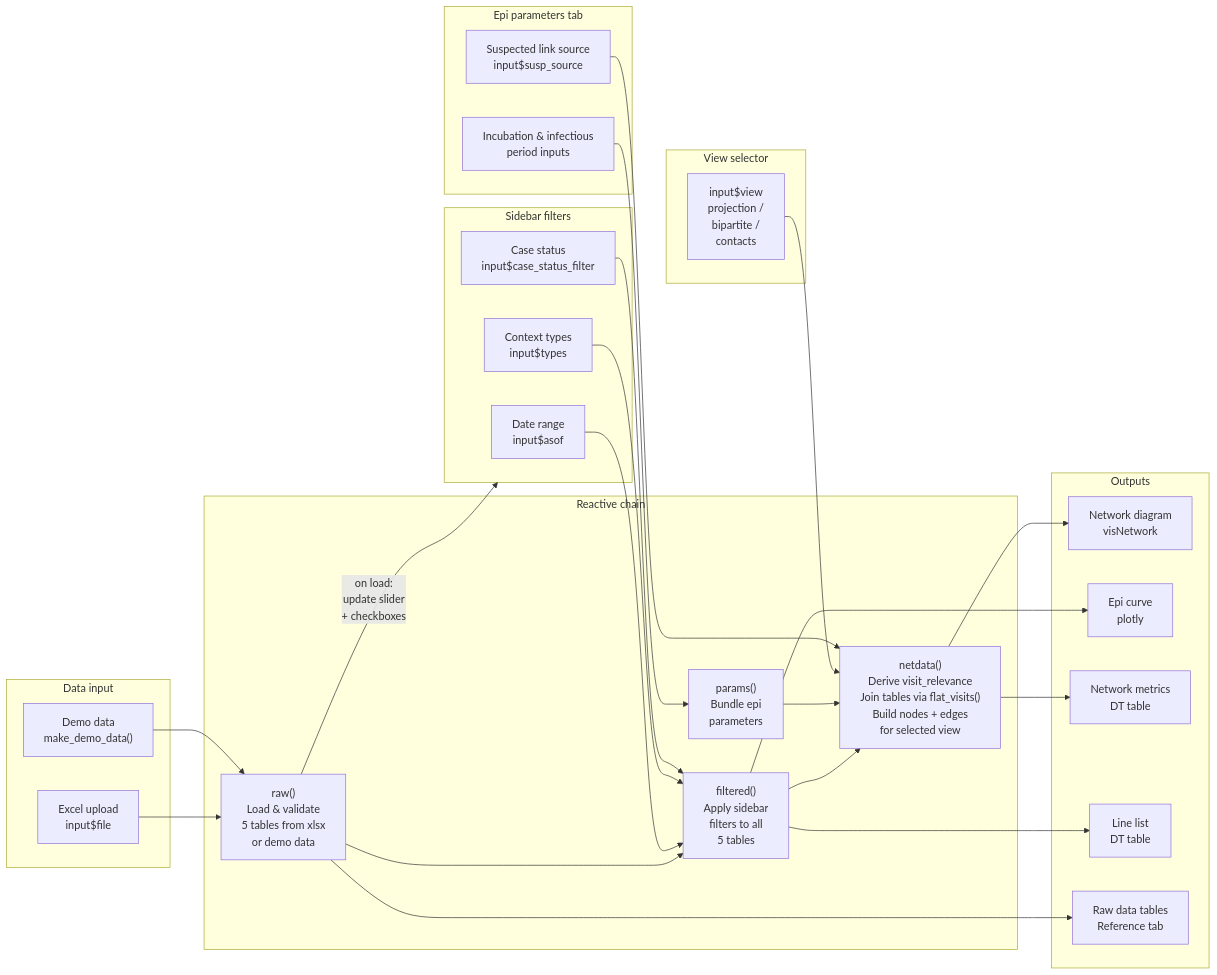
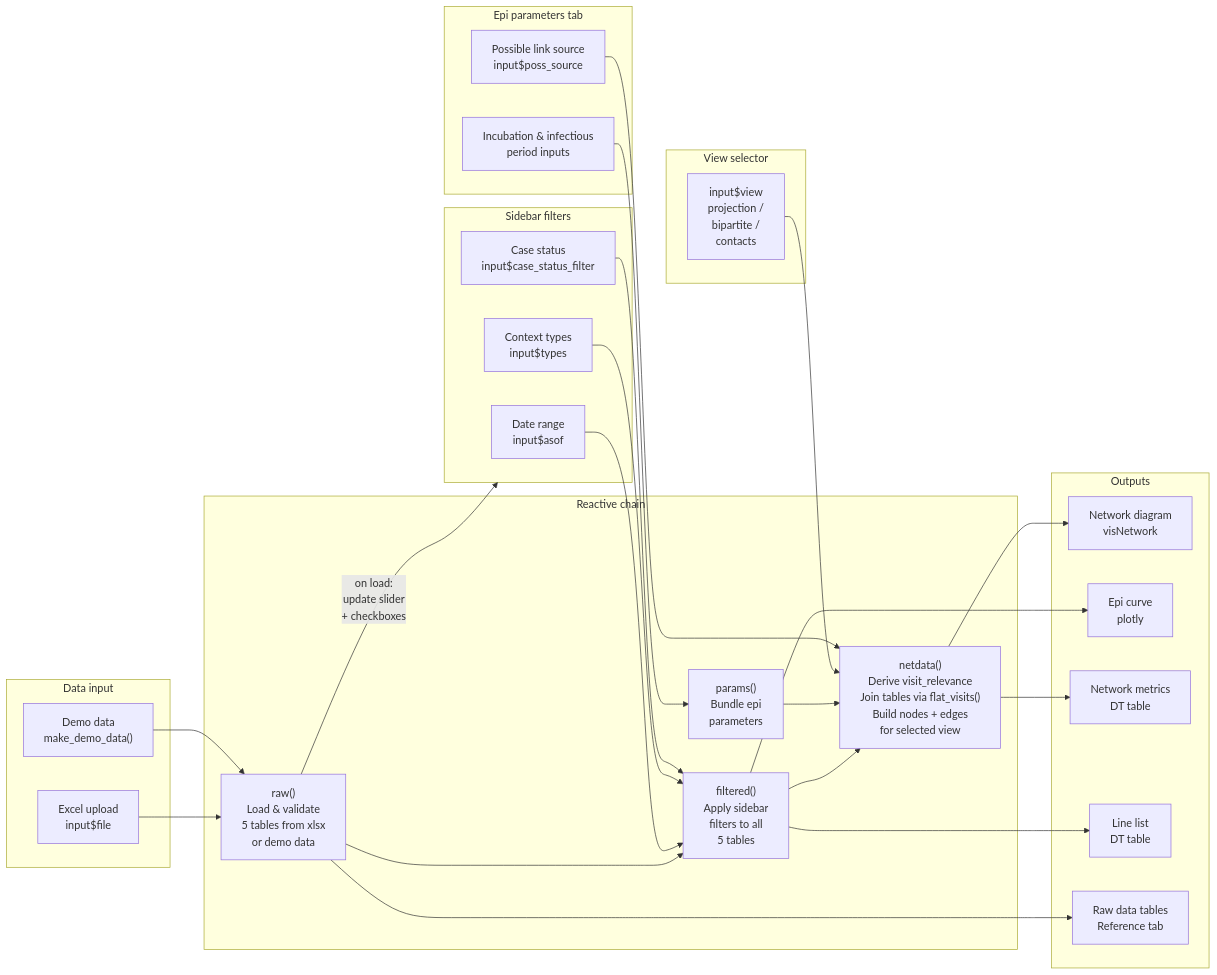
One commit to mgedmunds/network-diagram changed the diagram in docs/data-flow.md. Above: the diagram before and after it, drawn with Mermaid. The commit also changed other lines of this file and 14 other files, not shown here.

````diff
--- a/docs/data-flow.md
+++ b/docs/data-flow.md
@@ -10,55 +10,55 @@
 ```mermaid
 flowchart LR
     subgraph IN["Data input"]
         FILE["Excel upload\ninput$file"]
         DEMO["Demo data\nmake_demo_data()"]
     end
 
     subgraph SIDE["Sidebar filters"]
         F_DATE["Date range\ninput$asof"]
         F_TYPE["Context types\ninput$types"]
         F_STAT["Case status\ninput$case_status_filter"]
     end
 
     subgraph EPI["Epi parameters tab"]
         P_WIN["Incubation & infectious\nperiod inputs"]
-        P_SUSP["Suspected link source\ninput$susp_source"]
+        P_POSS["Possible link source\ninput$poss_source"]
     end
 
     subgraph REACT["Reactive chain"]
         RAW["raw()\nLoad & validate\n5 tables from xlsx\nor demo data"]
         FILT["filtered()\nApply sidebar\nfilters to all\n5 tables"]
         PAR["params()\nBundle epi\nparameters"]
         NET["netdata()\nDerive visit_relevance\nJoin tables via flat_visits()\nBuild nodes + edges\nfor selected view"]
     end
 
     subgraph VIEW["View selector"]
         V["input$view\nprojection /\nbipartite /\ncontacts"]
     end
 
     subgraph OUT["Outputs"]
         O_NET["Network diagram\nvisNetwork"]
         O_CURVE["Epi curve\nplotly"]
         O_MET["Network metrics\nDT table"]
         O_LL["Line list\nDT table"]
         O_SRC["Raw data tables\nReference tab"]
     end
 
     FILE --> RAW
     DEMO --> RAW
     RAW -->|"on load:\nupdate slider\n+ checkboxes"| SIDE
     RAW --> FILT
     RAW --> O_SRC
     F_DATE --> FILT
     F_TYPE --> FILT
     F_STAT --> FILT
     FILT --> NET
     FILT --> O_CURVE
     FILT --> O_LL
     P_WIN --> PAR
     PAR --> NET
     V --> NET
-    P_SUSP --> NET
+    P_POSS --> NET
     NET --> O_NET
     NET --> O_MET
 ```
````
